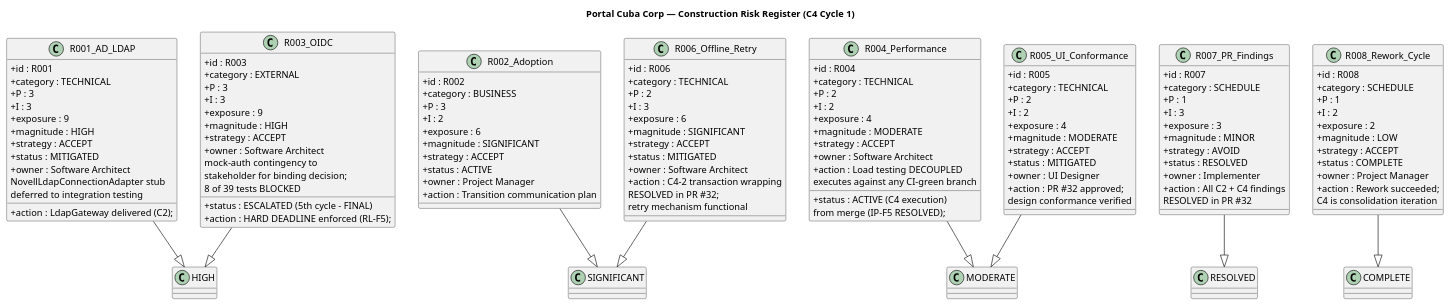
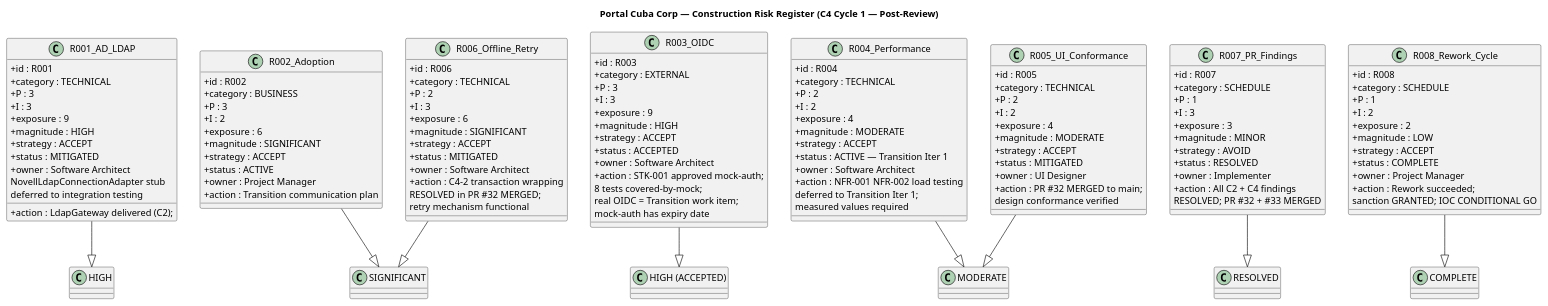
One commit to banense-test/portal-cuba-corp changed the diagram in docs/artifacts/project-management/risk-list.md. Above: the diagram before and after it, drawn with PlantUML. The commit also changed other lines of this file, not shown here.

Commit message:
Project Manager [C4]: upsert Risk List
[skip ci]

````diff
--- a/docs/artifacts/project-management/risk-list.md
+++ b/docs/artifacts/project-management/risk-list.md
@@ -27,6 +26,6 @@
 ```plantuml
 @startuml
-title Portal Cuba Corp — Construction Risk Register (C4 Cycle 1)
+title Portal Cuba Corp — Construction Risk Register (C4 Cycle 1 — Post-Review)
 
 skinparam classAttributeIconSize 0
 
@@ -66,12 +65,12 @@
   + exposure : 9
   + magnitude : HIGH
   + strategy : ACCEPT
-  + status : ESCALATED (5th cycle - FINAL)
+  + status : ACCEPTED
   + owner : Software Architect
-  + action : HARD DEADLINE enforced (RL-F5);
-    mock-auth contingency to
-    stakeholder for binding decision;
-    8 of 39 tests BLOCKED
+  + action : STK-001 approved mock-auth;
+    8 tests covered-by-mock;
+    real OIDC = Transition work item;
+    mock-auth has expiry date
 }
 
 class R004_Performance {
@@ -82,11 +81,11 @@
   + exposure : 4
   + magnitude : MODERATE
   + strategy : ACCEPT
-  + status : ACTIVE (C4 execution)
+  + status : ACTIVE — Transition Iter 1
   + owner : Software Architect
-  + action : Load testing DECOUPLED
-    from merge (IP-F5 RESOLVED);
-    executes against any CI-green branch
+  + action : NFR-001 NFR-002 load testing
+    deferred to Transition Iter 1;
+    measured values required
 }
 
 class R005_UI_Conformance {
@@ -99,7 +98,7 @@
   + strategy : ACCEPT
   + status : MITIGATED
   + owner : UI Designer
-  + action : PR #32 approved;
+  + action : PR #32 MERGED to main;
     design conformance verified
 }
 
@@ -114,7 +113,7 @@
   + status : MITIGATED
   + owner : Software Architect
   + action : C4-2 transaction wrapping
-    RESOLVED in PR #32;
+    RESOLVED in PR #32 MERGED;
     retry mechanism functional
 }
 
@@ -129,7 +128,7 @@
   + status : RESOLVED
   + owner : Implementer
   + action : All C2 + C4 findings
-    RESOLVED in PR #32
+    RESOLVED; PR #32 + #33 MERGED
 }
 
 class R008_Rework_Cycle {
@@ -143,12 +142,12 @@
   + status : COMPLETE
   + owner : Project Manager
   + action : Rework succeeded;
-    C4 is consolidation iteration
+    sanction GRANTED; IOC CONDITIONAL GO
 }
 
 R001_AD_LDAP --|> "HIGH"
 R002_Adoption --|> "SIGNIFICANT"
-R003_OIDC --|> "HIGH"
+R003_OIDC --|> "HIGH (ACCEPTED)"
 R004_Performance --|> "MODERATE"
 R005_UI_Conformance --|> "MODERATE"
 R006_Offline_Retry --|> "SIGNIFICANT"
````
